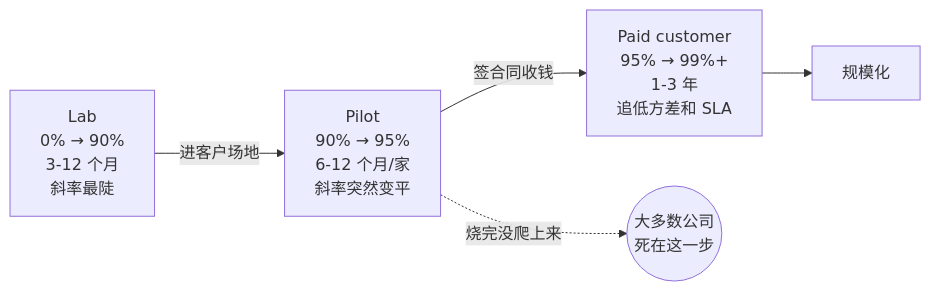
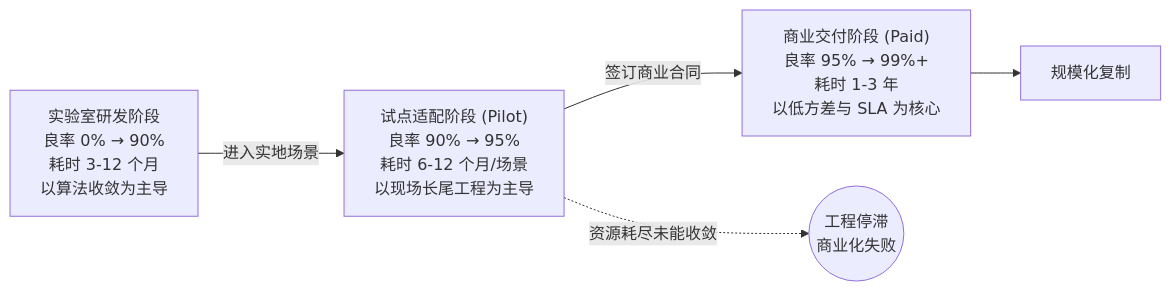
The diagram in docs/12-deployment.md (yingwang/robotics-llm-book), drawn with Mermaid before and after one commit. The commit also changed other lines of this file and 19 other files, not shown here.

````diff
--- a/docs/12-deployment.md
+++ b/docs/12-deployment.md
@@ -27,7 +23,7 @@
 ```mermaid
 flowchart LR
-  L["Lab<br/>0% → 90%<br/>3-12 个月<br/>斜率最陡"] -->|进客户场地| P["Pilot<br/>90% → 95%<br/>6-12 个月/家<br/>斜率突然变平"]
-  P -->|签合同收钱| C["Paid customer<br/>95% → 99%+<br/>1-3 年<br/>追低方差和 SLA"]
-  C --> S[规模化]
-  P -.->|烧完没爬上来| DEAD((大多数公司<br/>死在这一步))
+  L["实验室研发阶段<br/>良率 0% → 90%<br/>耗时 3-12 个月<br/>以算法收敛为主导"] -->|进入实地场景| P["试点适配阶段 (Pilot)<br/>良率 90% → 95%<br/>耗时 6-12 个月/场景<br/>以现场长尾工程为主导"]
+  P -->|签订商业合同| C["商业交付阶段 (Paid)<br/>良率 95% → 99%+<br/>耗时 1-3 年<br/>以低方差与 SLA 为核心"]
+  C --> S[规模化复制]
+  P -.->|资源耗尽未能收敛| DEAD((工程停滞<br/>商业化失败))
 ```
````
